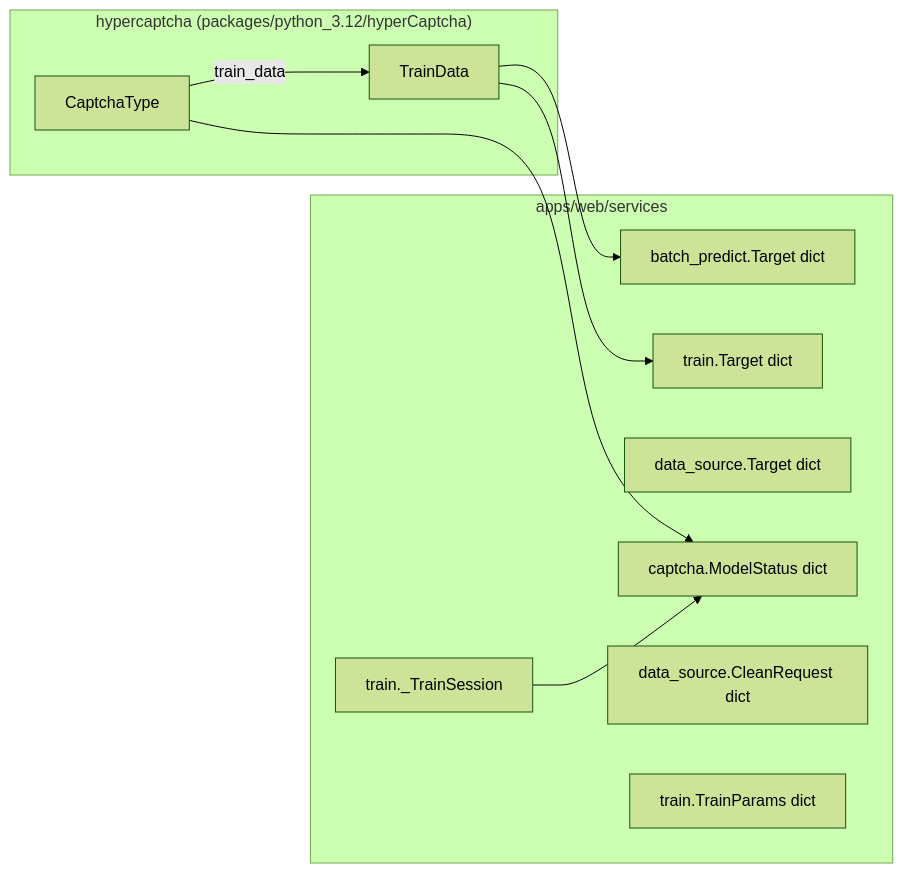
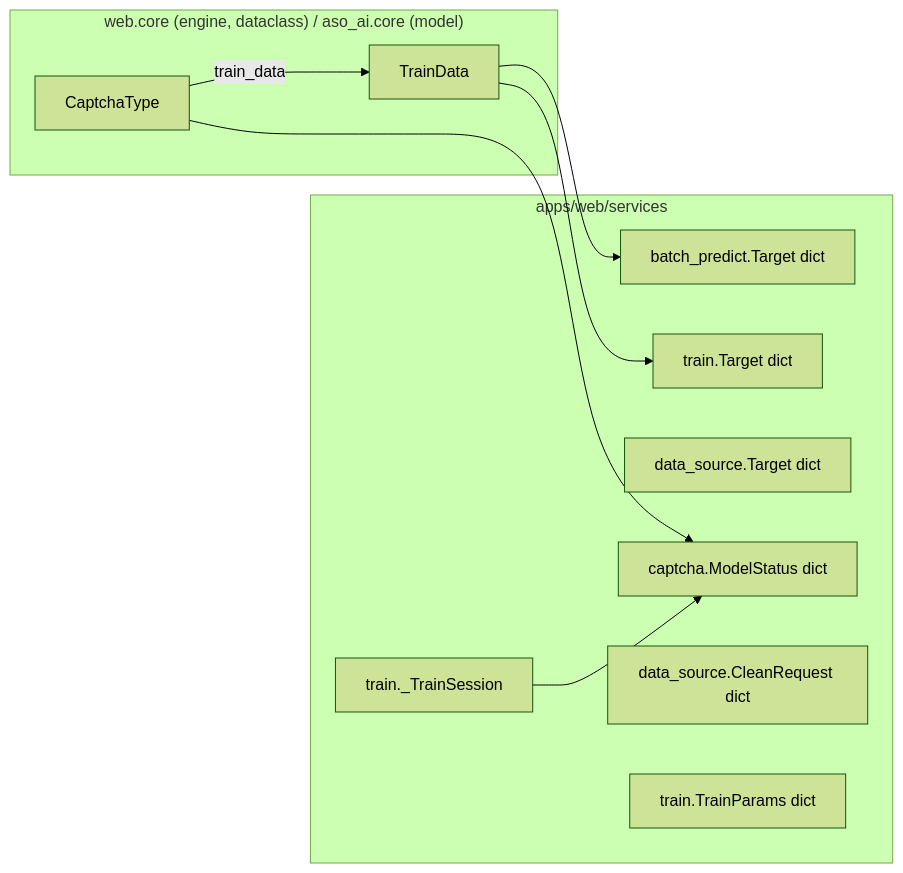
The first of 3 diagrams in docs/web-domain-model.md (itsocool/captcha-solver), drawn with Mermaid (forest theme) before and after one commit. The commit also changed other lines of this file and 2163 other files, not shown here.

````diff
--- a/docs/web-domain-model.md
+++ b/docs/web-domain-model.md
@@ -174,23 +174,23 @@
 ```mermaid
 graph LR
-    subgraph hypercaptcha["hypercaptcha (packages/python_3.12/hyperCaptcha)"]
+    subgraph hypercaptcha["web.core (engine, dataclass) / aso_ai.core (model)"]
         CT[CaptchaType]
         TD[TrainData]
         CT -->|train_data| TD
     end
 
     subgraph web_services["apps/web/services"]
         Target1["batch_predict.Target dict"]
         Target2["train.Target dict"]
         Target3["data_source.Target dict"]
         ModelStatus["captcha.ModelStatus dict"]
         Session["train._TrainSession"]
         ReqDS["data_source.CleanRequest dict"]
         ReqTP["train.TrainParams dict"]
     end
 
     TD --> Target1
     TD --> Target2
     CT --> ModelStatus
     Session --> ModelStatus
 ```
````
